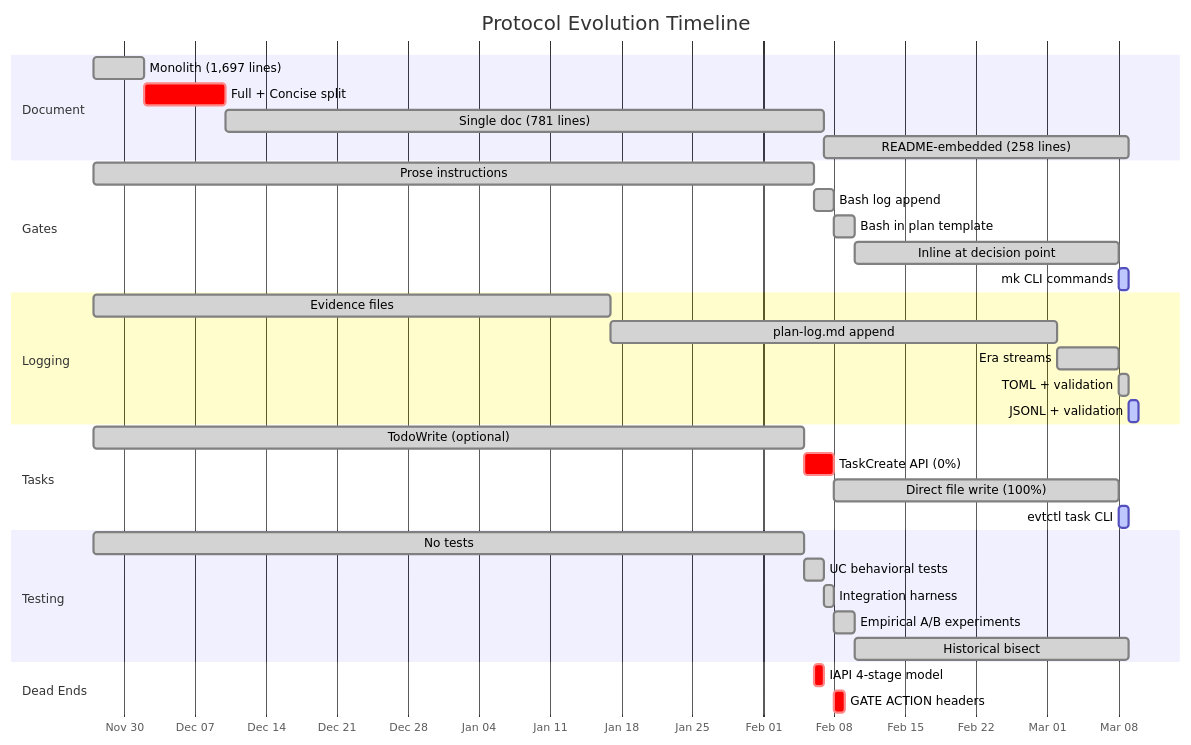
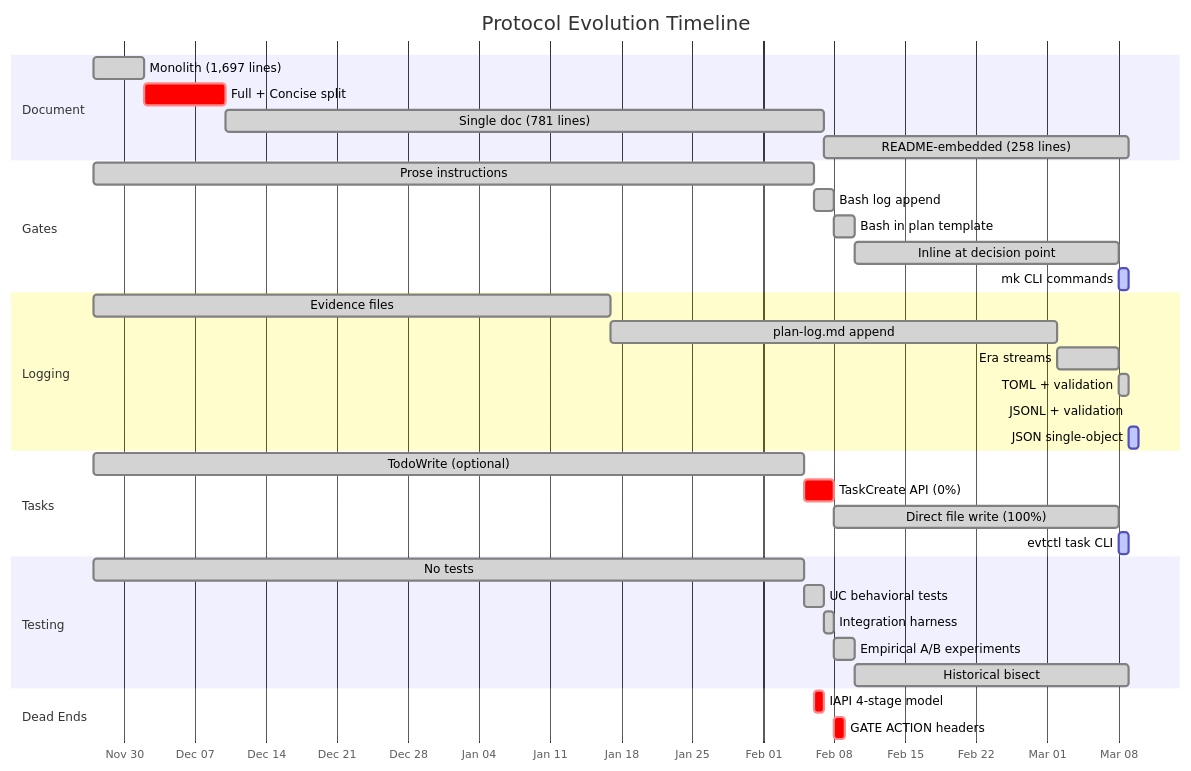
The first of 6 diagrams in docs/evolution.md (binaryphile/tandem-protocol), drawn with Mermaid before and after one commit. The commit also changed other lines of this file and 9 other files, not shown here.

Commit message:
feat: migrate event payloads from JSONL heredocs to single-line JSON

````diff
--- a/docs/evolution.md
+++ b/docs/evolution.md
@@ -7,43 +7,44 @@
 ```mermaid
 gantt
     title Protocol Evolution Timeline
     dateFormat YYYY-MM-DD
     axisFormat %b %d
 
     section Document
     Monolith (1,697 lines)       :done, 2025-11-27, 2025-12-02
     Full + Concise split         :crit, 2025-12-02, 2025-12-10
     Single doc (781 lines)       :done, 2025-12-10, 2026-02-07
     README-embedded (258 lines)  :done, 2026-02-07, 2026-03-09
 
     section Gates
     Prose instructions           :done, 2025-11-27, 2026-02-06
     Bash log append              :done, 2026-02-06, 2026-02-08
     Bash in plan template        :done, 2026-02-08, 2026-02-10
     Inline at decision point     :done, 2026-02-10, 2026-03-08
     mk CLI commands              :active, 2026-03-08, 2026-03-09
 
     section Logging
     Evidence files               :done, 2025-11-27, 2026-01-17
     plan-log.md append           :done, 2026-01-17, 2026-03-02
     Era streams                  :done, 2026-03-02, 2026-03-08
     TOML + validation            :done, 2026-03-08, 2026-03-09
-    JSONL + validation           :active, 2026-03-09, 2026-03-10
+    JSONL + validation           :done, 2026-03-09, 2026-03-09
+    JSON single-object           :active, 2026-03-09, 2026-03-10
 
     section Tasks
     TodoWrite (optional)         :done, 2025-11-27, 2026-02-05
     TaskCreate API (0%)          :crit, 2026-02-05, 2026-02-08
     Direct file write (100%)     :done, 2026-02-08, 2026-03-08
     evtctl task CLI                  :active, 2026-03-08, 2026-03-09
 
     section Testing
     No tests                     :done, 2025-11-27, 2026-02-05
     UC behavioral tests          :done, 2026-02-05, 2026-02-07
     Integration harness          :done, 2026-02-07, 2026-02-08
     Empirical A/B experiments    :done, 2026-02-08, 2026-02-10
     Historical bisect            :done, 2026-02-10, 2026-03-09
 
     section Dead Ends
     IAPI 4-stage model           :crit, 2026-02-06, 2026-02-07
     GATE ACTION headers          :crit, 2026-02-08, 2026-02-09
 ```
````
